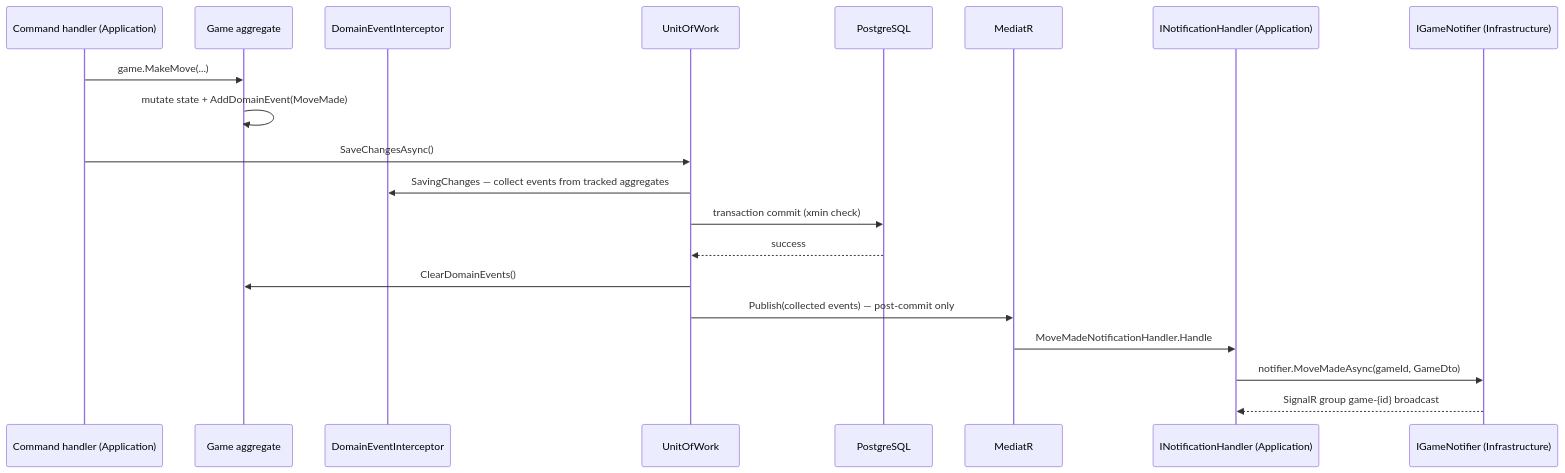
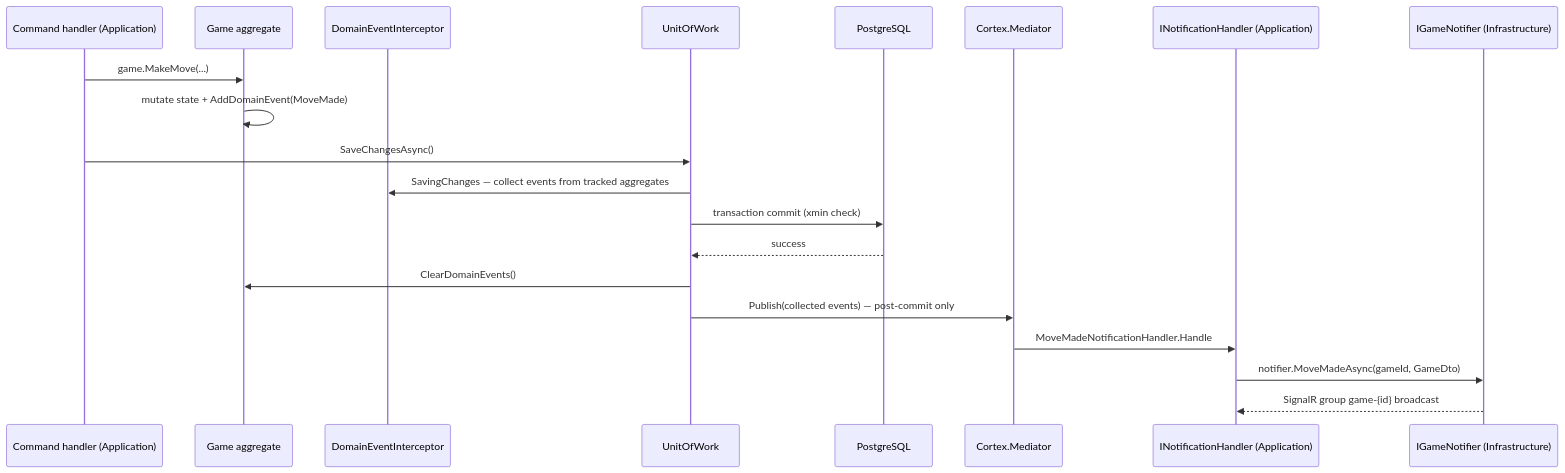
One commit to Nur-Al-Mumit/tic-tac-toe changed the second of 2 diagrams in docs/01-architecture/clean-architecture-ddd.md. Above: the diagram before and after it, drawn with Mermaid. The commit also changed other lines of this file and 20 other files, not shown here.

Commit message:
docs: switch in-process mediator from MediatR to Cortex.Mediator (ADR-0013, supersedes ADR-0002)

````diff
--- a/docs/01-architecture/clean-architecture-ddd.md
+++ b/docs/01-architecture/clean-architecture-ddd.md
@@ -244,23 +244,23 @@
 ```mermaid
 sequenceDiagram
     participant H as Command handler (Application)
     participant G as Game aggregate
     participant I as DomainEventInterceptor
     participant UO as UnitOfWork
     participant DB as PostgreSQL
-    participant M as MediatR
+    participant M as Cortex.Mediator
     participant NH as INotificationHandler (Application)
     participant N as IGameNotifier (Infrastructure)
 
     H->>G: game.MakeMove(...)
     G->>G: mutate state + AddDomainEvent(MoveMade)
     H->>UO: SaveChangesAsync()
     UO->>I: SavingChanges — collect events from tracked aggregates
     UO->>DB: transaction commit (xmin check)
     DB-->>UO: success
     UO->>G: ClearDomainEvents()
     UO->>M: Publish(collected events) — post-commit only
     M->>NH: MoveMadeNotificationHandler.Handle
     NH->>N: notifier.MoveMadeAsync(gameId, GameDto)
     N-->>NH: SignalR group game-{id} broadcast
 ```
````
